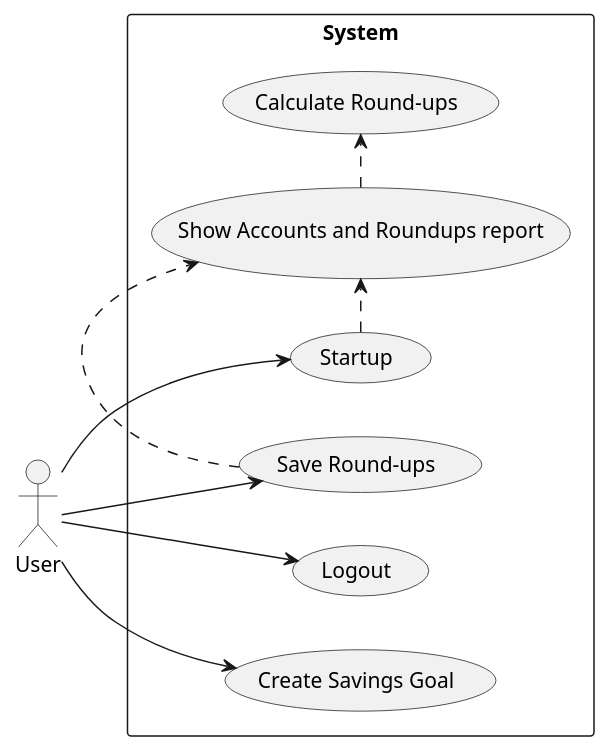
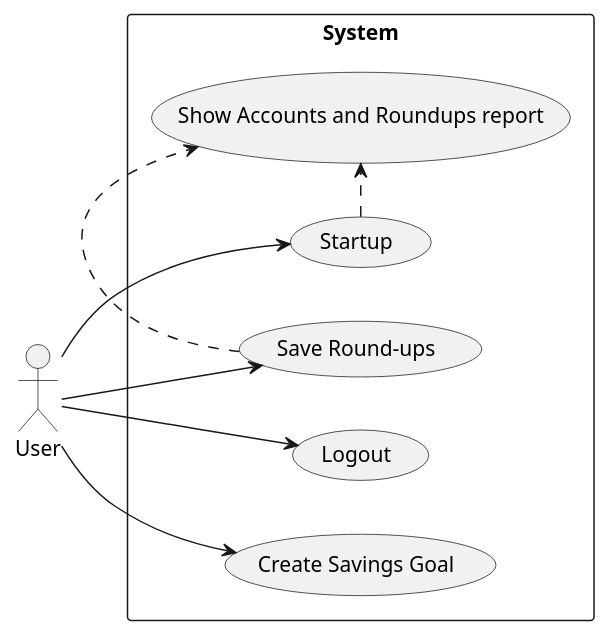
The diagram in diagrams/Use Case Diagram.puml (hristo-stefanov/MiniBankingDemo), drawn with PlantUML before and after one commit. The commit also changed 4 other files, not shown here.

```diff
--- a/diagrams/Use Case Diagram.puml
+++ b/diagrams/Use Case Diagram.puml
@@ -1,25 +1,23 @@
 @startuml
 'https://plantuml.com/use-case-diagram
 
 left to right direction
 actor User
 
 rectangle System {
 usecase Startup
 usecase Logout
 usecase "Save Round-ups"
 usecase "Create Savings Goal"
 usecase "Show Accounts and Roundups report"
-usecase "Calculate Round-ups"
 }
 
 User --> Startup
 User --> "Save Round-ups"
 User --> "Create Savings Goal"
 User --> "Logout"
 
 Startup .> "Show Accounts and Roundups report"
 "Save Round-ups" .> "Show Accounts and Roundups report"
-"Show Accounts and Roundups report" .> "Calculate Round-ups"
 
 @enduml
```
